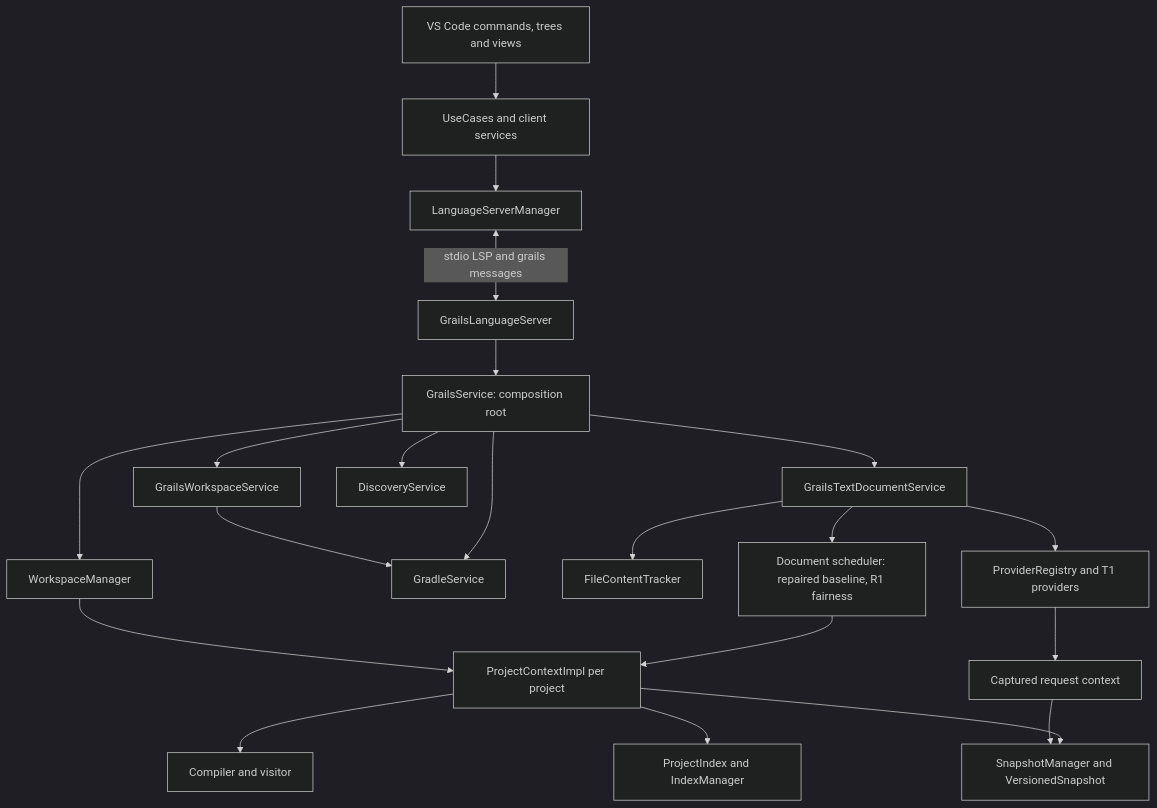
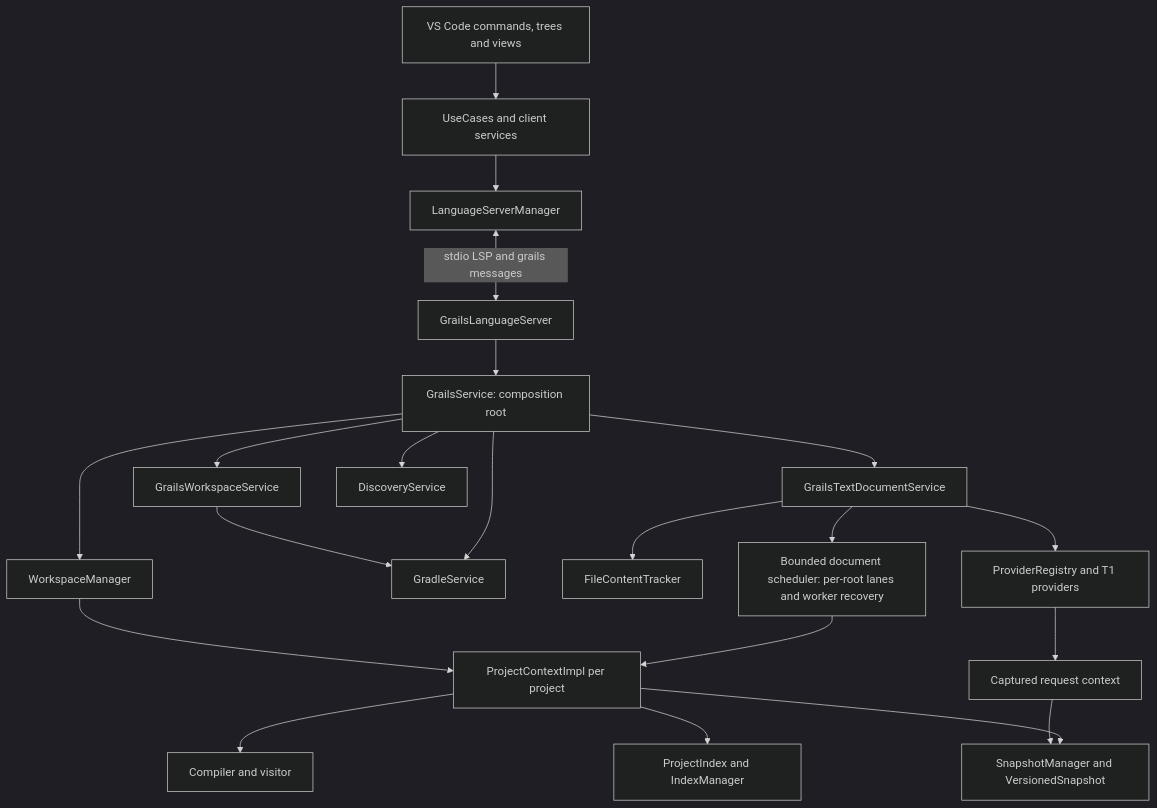
Before and after one commit to KingSK1998/vscode-grails: the diagram in docs/architecture/system-map.md, drawn with Mermaid (dark theme). The commit also changed other lines of this file and 12 other files, not shown here.

Commit message:
feat(r1-01): bound document scheduling, establish fairness, and drain lifecycle work

````diff
--- a/docs/architecture/system-map.md
+++ b/docs/architecture/system-map.md
@@ -7,23 +7,23 @@
 ```mermaid
 flowchart TD
     UI[VS Code commands, trees and views] --> UC[UseCases and client services]
     UC --> LM[LanguageServerManager]
     LM <-->|stdio LSP and grails messages| LS[GrailsLanguageServer]
     LS --> GS[GrailsService: composition root]
     GS --> DOC[GrailsTextDocumentService]
     GS --> WS[GrailsWorkspaceService]
     GS --> WM[WorkspaceManager]
     GS --> GR[GradleService]
     GS --> DS[DiscoveryService]
     DOC --> FT[FileContentTracker]
-    DOC --> Q[Document scheduler: repaired baseline, R1 fairness]
+    DOC --> Q[Bounded document scheduler: per-root lanes and worker recovery]
     Q --> PC[ProjectContextImpl per project]
     WM --> PC
     PC --> CV[Compiler and visitor]
     PC --> IX[ProjectIndex and IndexManager]
     PC --> SM[SnapshotManager and VersionedSnapshot]
     DOC --> PR[ProviderRegistry and T1 providers]
     PR --> RC[Captured request context]
     RC --> SM
     WS --> GR
 ```
````
